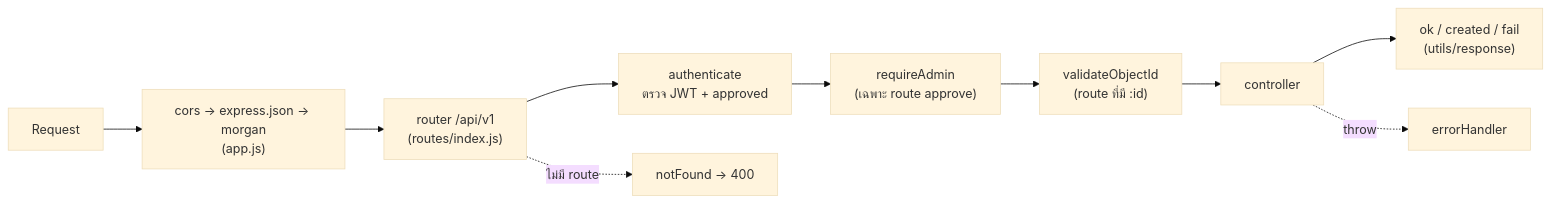
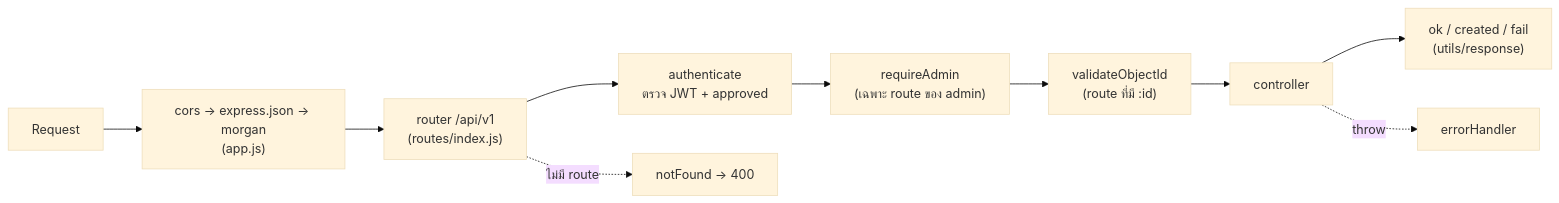
Before and after one commit to AT3rN4t1ve/Workshop: the second of 4 diagrams in README.md, drawn with Mermaid (base theme). The commit also changed other lines of this file and 2 other files, not shown here.

````diff
--- a/README.md
+++ b/README.md
@@ -70,12 +94,12 @@
 ```mermaid
 flowchart LR
     R["Request"] --> M["cors → express.json → morgan<br/>(app.js)"]
     M --> RT["router /api/v1<br/>(routes/index.js)"]
     RT --> AU["authenticate<br/>ตรวจ JWT + approved"]
-    AU --> AD["requireAdmin<br/>(เฉพาะ route approve)"]
+    AU --> AD["requireAdmin<br/>(เฉพาะ route ของ admin)"]
     AD --> V["validateObjectId<br/>(route ที่มี :id)"]
     V --> CT["controller"]
     CT --> RES["ok / created / fail<br/>(utils/response)"]
     CT -. throw .-> EH["errorHandler"]
     RT -. ไม่มี route .-> NF["notFound → 400"]
 ```
````
